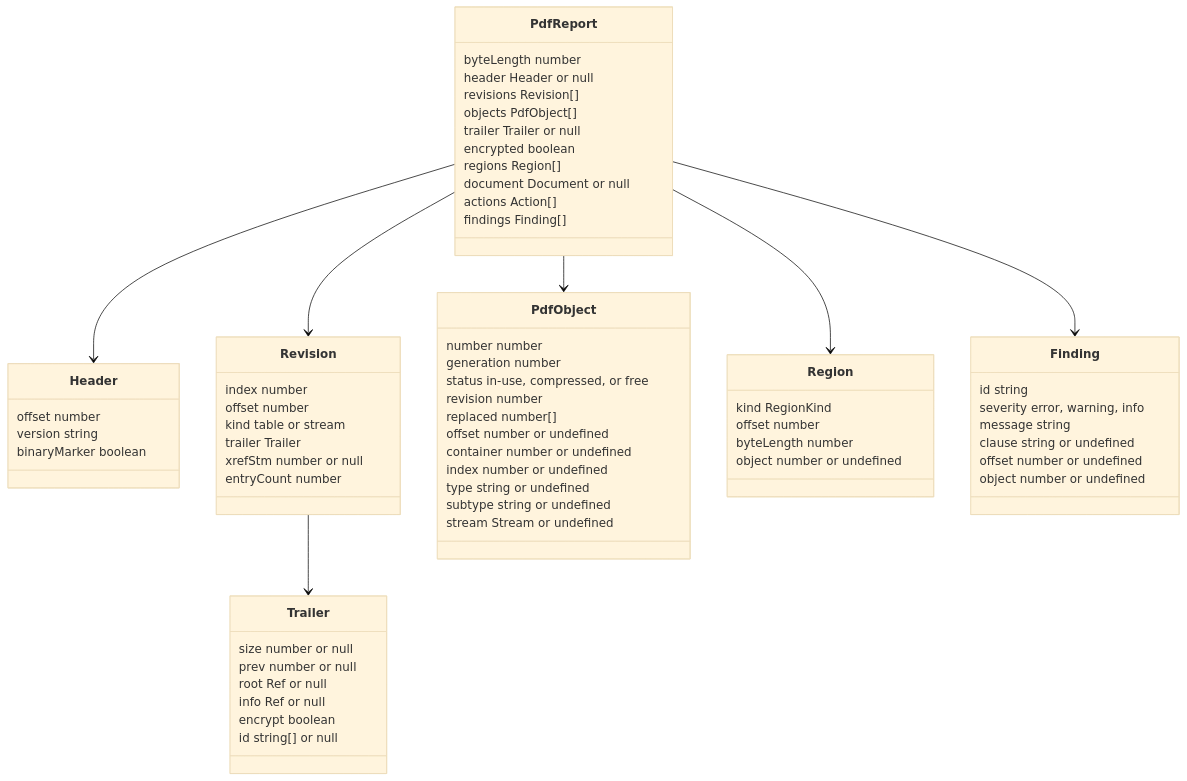
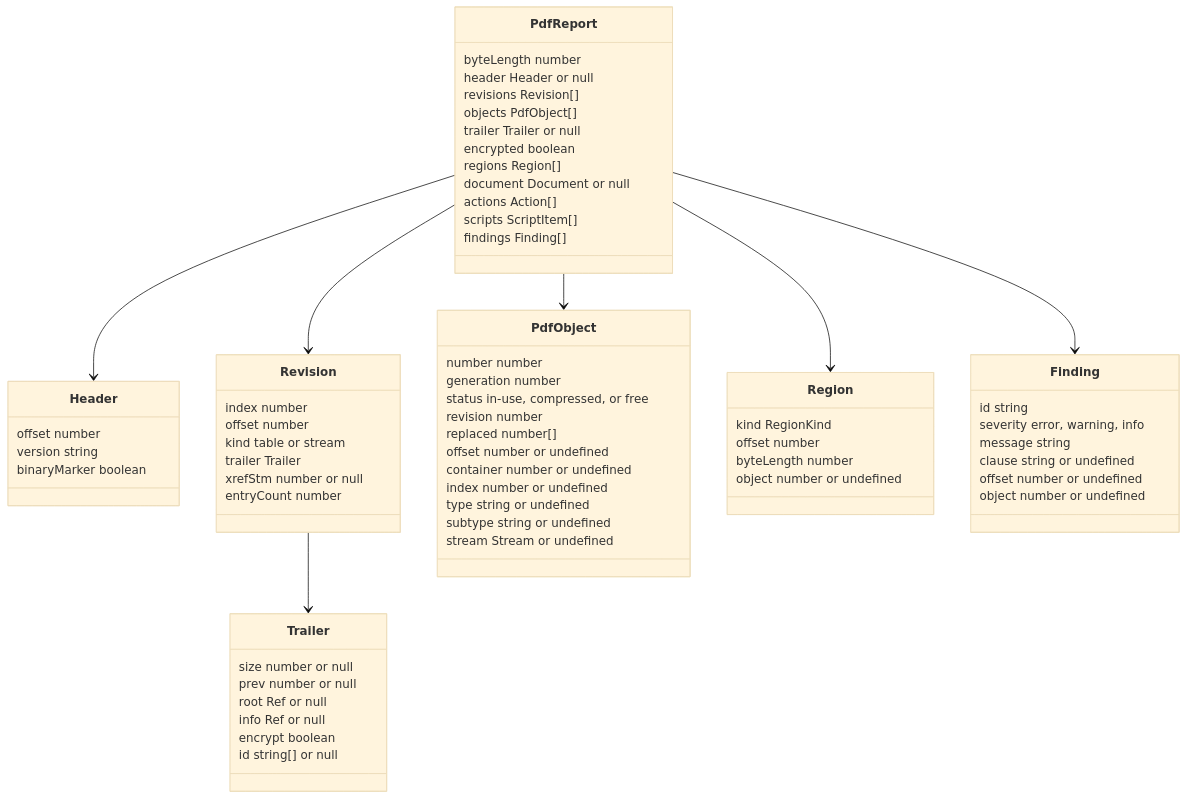
The first of 2 diagrams in docs/reference/pdf/report.md (photom/benchside), drawn with Mermaid (base theme) before and after one commit. The commit also changed other lines of this file and 30 other files, not shown here.

````diff
--- a/docs/reference/pdf/report.md
+++ b/docs/reference/pdf/report.md
@@ -7,69 +7,70 @@
 ```mermaid
 classDiagram
   class PdfReport {
     byteLength number
     header Header or null
     revisions Revision[]
     objects PdfObject[]
     trailer Trailer or null
     encrypted boolean
     regions Region[]
     document Document or null
     actions Action[]
+    scripts ScriptItem[]
     findings Finding[]
   }
   class Header {
     offset number
     version string
     binaryMarker boolean
   }
   class Revision {
     index number
     offset number
     kind table or stream
     trailer Trailer
     xrefStm number or null
     entryCount number
   }
   class Trailer {
     size number or null
     prev number or null
     root Ref or null
     info Ref or null
     encrypt boolean
     id string[] or null
   }
   class PdfObject {
     number number
     generation number
     status in-use, compressed, or free
     revision number
     replaced number[]
     offset number or undefined
     container number or undefined
     index number or undefined
     type string or undefined
     subtype string or undefined
     stream Stream or undefined
   }
   class Region {
     kind RegionKind
     offset number
     byteLength number
     object number or undefined
   }
   class Finding {
     id string
     severity error, warning, info
     message string
     clause string or undefined
     offset number or undefined
     object number or undefined
   }
   PdfReport --> Header
   PdfReport --> Revision
   PdfReport --> PdfObject
   PdfReport --> Region
   PdfReport --> Finding
   Revision --> Trailer
 ```
````
